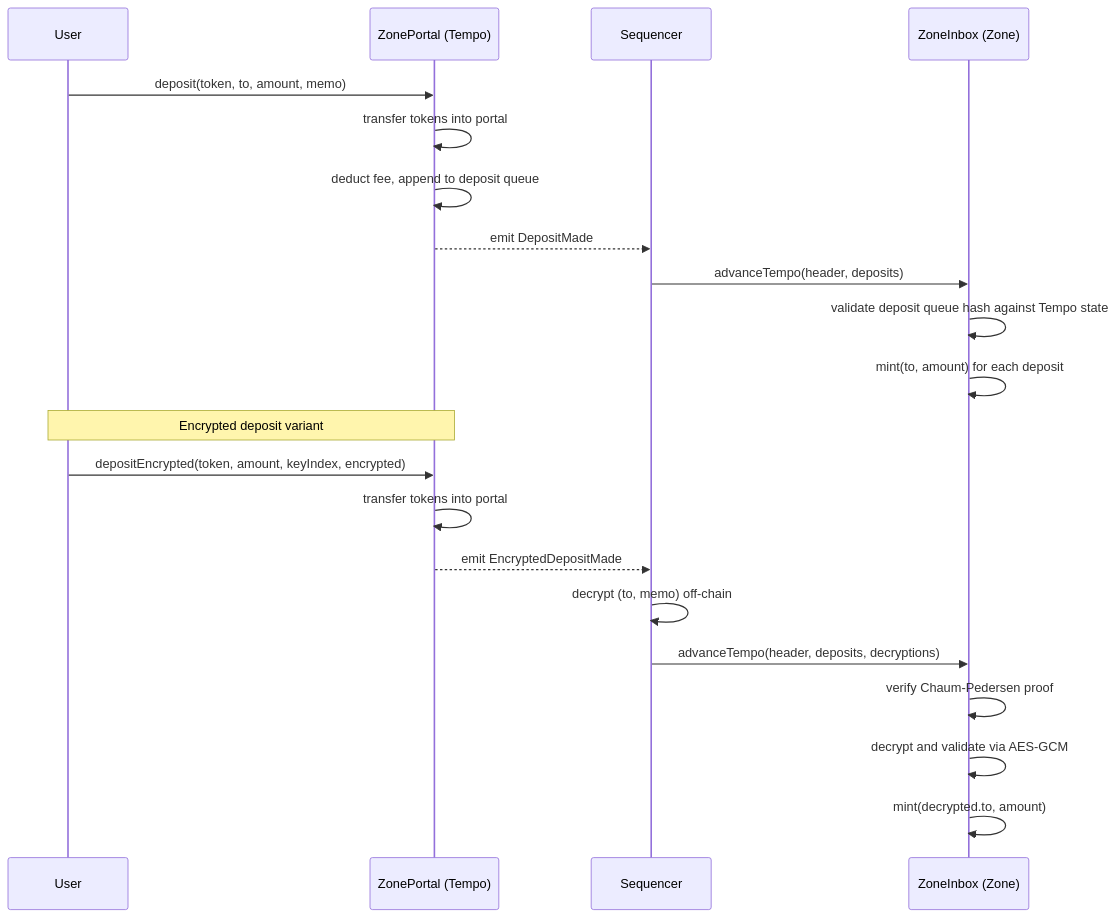
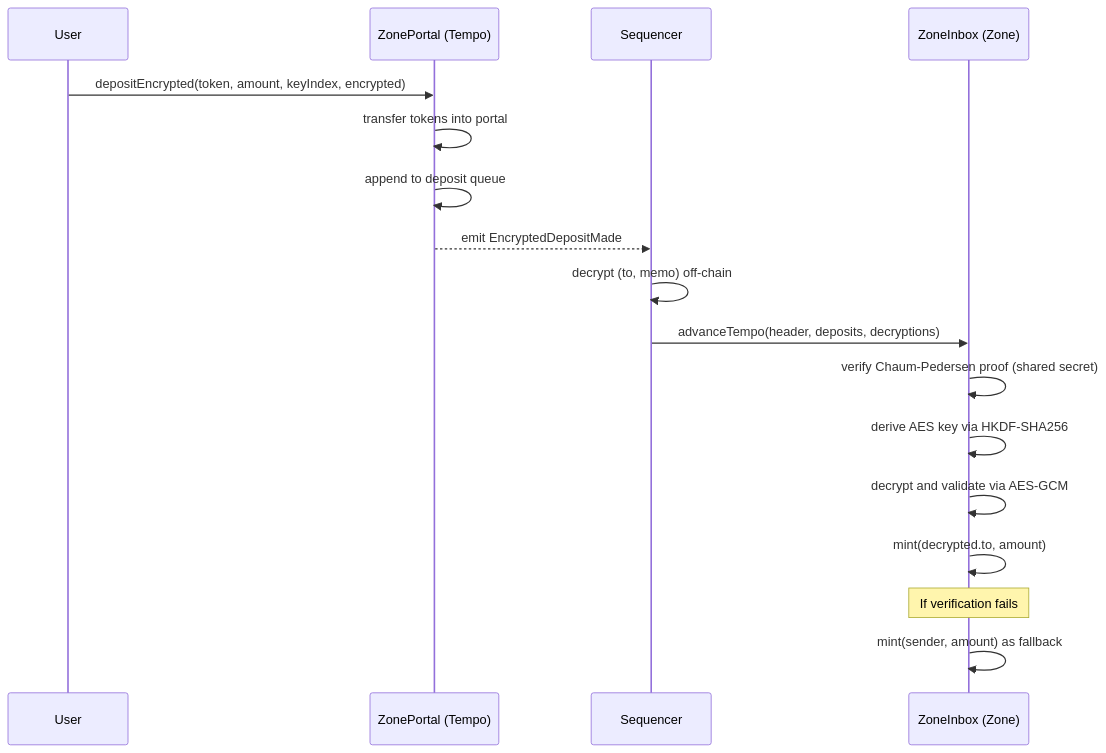
Before and after one commit to tempoxyz/zones: the third of 4 diagrams in docs/specs/zone_spec.md, drawn with Mermaid. The commit also changed other lines of this file, not shown here.

Commit message:
docs: separate withdrawals/deposits and encrypted variants

````diff
--- a/docs/specs/zone_spec.md
+++ b/docs/specs/zone_spec.md
@@ -262,27 +362,22 @@
 ```mermaid
 sequenceDiagram
     participant User
     participant ZonePortal as ZonePortal (Tempo)
     participant Sequencer
     participant ZoneInbox as ZoneInbox (Zone)
 
-    User->>ZonePortal: deposit(token, to, amount, memo)
-    ZonePortal->>ZonePortal: transfer tokens into portal
-    ZonePortal->>ZonePortal: deduct fee, append to deposit queue
-    ZonePortal-->>Sequencer: emit DepositMade
-
-    Sequencer->>ZoneInbox: advanceTempo(header, deposits)
-    ZoneInbox->>ZoneInbox: validate deposit queue hash against Tempo state
-    ZoneInbox->>ZoneInbox: mint(to, amount) for each deposit
-
-    Note over User,ZonePortal: Encrypted deposit variant
     User->>ZonePortal: depositEncrypted(token, amount, keyIndex, encrypted)
     ZonePortal->>ZonePortal: transfer tokens into portal
+    ZonePortal->>ZonePortal: append to deposit queue
     ZonePortal-->>Sequencer: emit EncryptedDepositMade
 
     Sequencer->>Sequencer: decrypt (to, memo) off-chain
     Sequencer->>ZoneInbox: advanceTempo(header, deposits, decryptions)
-    ZoneInbox->>ZoneInbox: verify Chaum-Pedersen proof
+    ZoneInbox->>ZoneInbox: verify Chaum-Pedersen proof (shared secret)
+    ZoneInbox->>ZoneInbox: derive AES key via HKDF-SHA256
     ZoneInbox->>ZoneInbox: decrypt and validate via AES-GCM
     ZoneInbox->>ZoneInbox: mint(decrypted.to, amount)
+
+    Note over ZoneInbox: If verification fails
+    ZoneInbox->>ZoneInbox: mint(sender, amount) as fallback
 ```
````
